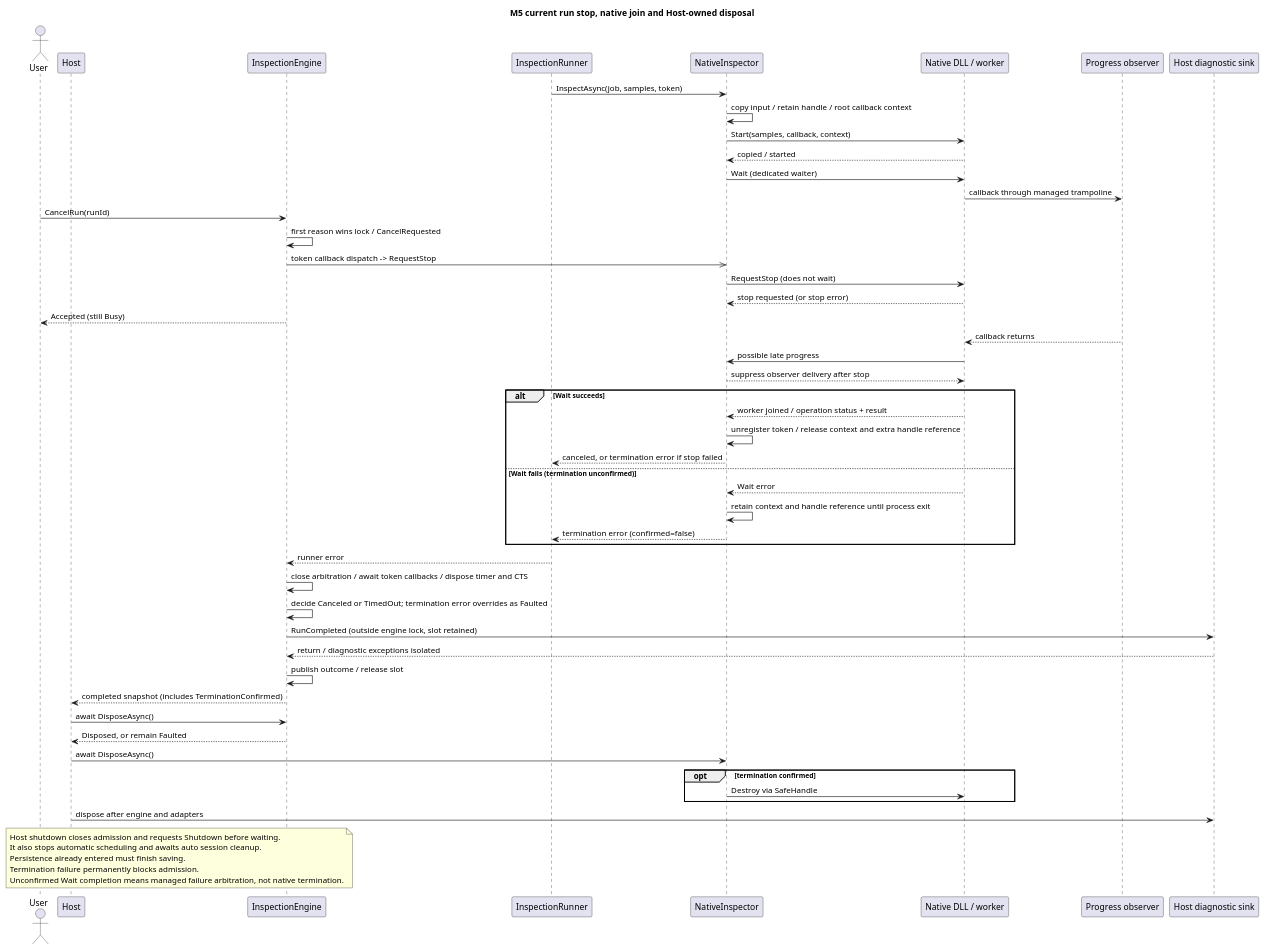
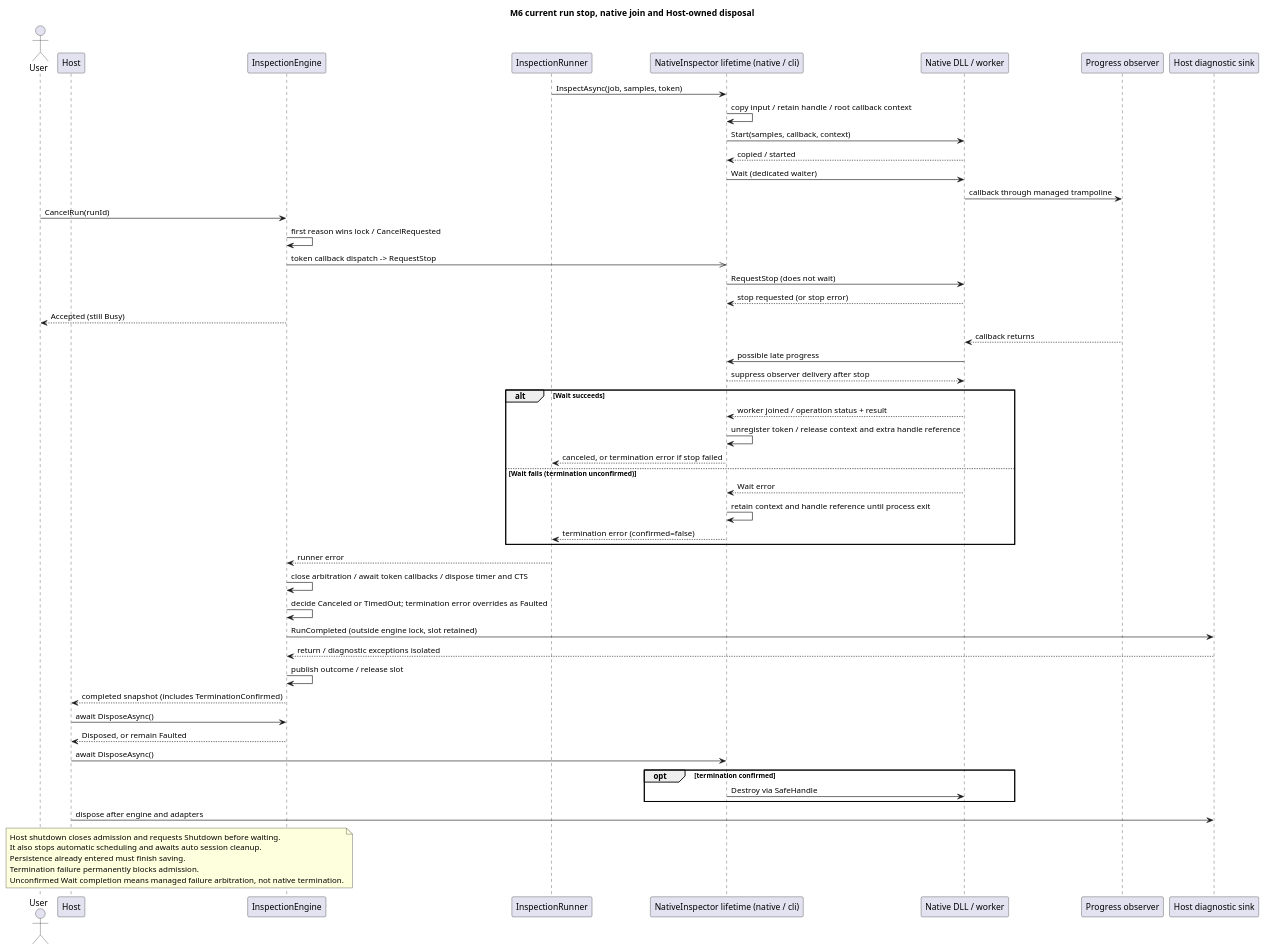
Before and after one commit to Myoungmin/CSharp-InspectionCore-Lab: the diagram in docs/diagrams/cancel-shutdown-sequence.puml, drawn with PlantUML. The commit also changed 53 other files, not shown here.

First line of the commit message:
feat: add C++/CLI inspector comparison

```diff
--- a/docs/diagrams/cancel-shutdown-sequence.puml
+++ b/docs/diagrams/cancel-shutdown-sequence.puml
@@ -1,56 +1,56 @@
 @startuml cancel-shutdown-sequence
-title M5 current run stop, native join and Host-owned disposal
+title M6 current run stop, native join and Host-owned disposal
 actor User
 participant Host
 participant InspectionEngine as Engine
 participant InspectionRunner as Runner
-participant NativeInspector as Inspector
+participant "NativeInspector lifetime (native / cli)" as Inspector
 participant "Native DLL / worker" as DLL
 participant "Progress observer" as Observer
 participant "Host diagnostic sink" as Log
 Runner -> Inspector : InspectAsync(job, samples, token)
 Inspector -> Inspector : copy input / retain handle / root callback context
 Inspector -> DLL : Start(samples, callback, context)
 DLL --> Inspector : copied / started
 Inspector -> DLL : Wait (dedicated waiter)
 DLL -> Observer : callback through managed trampoline
 User -> Engine : CancelRun(runId)
 Engine -> Engine : first reason wins lock / CancelRequested
 Engine ->> Inspector : token callback dispatch -> RequestStop
 Inspector -> DLL : RequestStop (does not wait)
 DLL --> Inspector : stop requested (or stop error)
 Engine --> User : Accepted (still Busy)
 Observer --> DLL : callback returns
 DLL -> Inspector : possible late progress
 Inspector --> DLL : suppress observer delivery after stop
 alt Wait succeeds
 DLL --> Inspector : worker joined / operation status + result
 Inspector -> Inspector : unregister token / release context and extra handle reference
 Inspector --> Runner : canceled, or termination error if stop failed
 else Wait fails (termination unconfirmed)
 DLL --> Inspector : Wait error
 Inspector -> Inspector : retain context and handle reference until process exit
 Inspector --> Runner : termination error (confirmed=false)
 end
 Runner --> Engine : runner error
 Engine -> Engine : close arbitration / await token callbacks / dispose timer and CTS
 Engine -> Engine : decide Canceled or TimedOut; termination error overrides as Faulted
 Engine -> Log : RunCompleted (outside engine lock, slot retained)
 Log --> Engine : return / diagnostic exceptions isolated
 Engine -> Engine : publish outcome / release slot
 Engine --> Host : completed snapshot (includes TerminationConfirmed)
 Host -> Engine : await DisposeAsync()
 Engine --> Host : Disposed, or remain Faulted
 Host -> Inspector : await DisposeAsync()
 opt termination confirmed
 Inspector -> DLL : Destroy via SafeHandle
 end
 Host -> Log : dispose after engine and adapters
 note over Host, Engine
 Host shutdown closes admission and requests Shutdown before waiting.
 It also stops automatic scheduling and awaits auto session cleanup.
 Persistence already entered must finish saving.
 Termination failure permanently blocks admission.
 Unconfirmed Wait completion means managed failure arbitration, not native termination.
 end note
 @enduml
```
